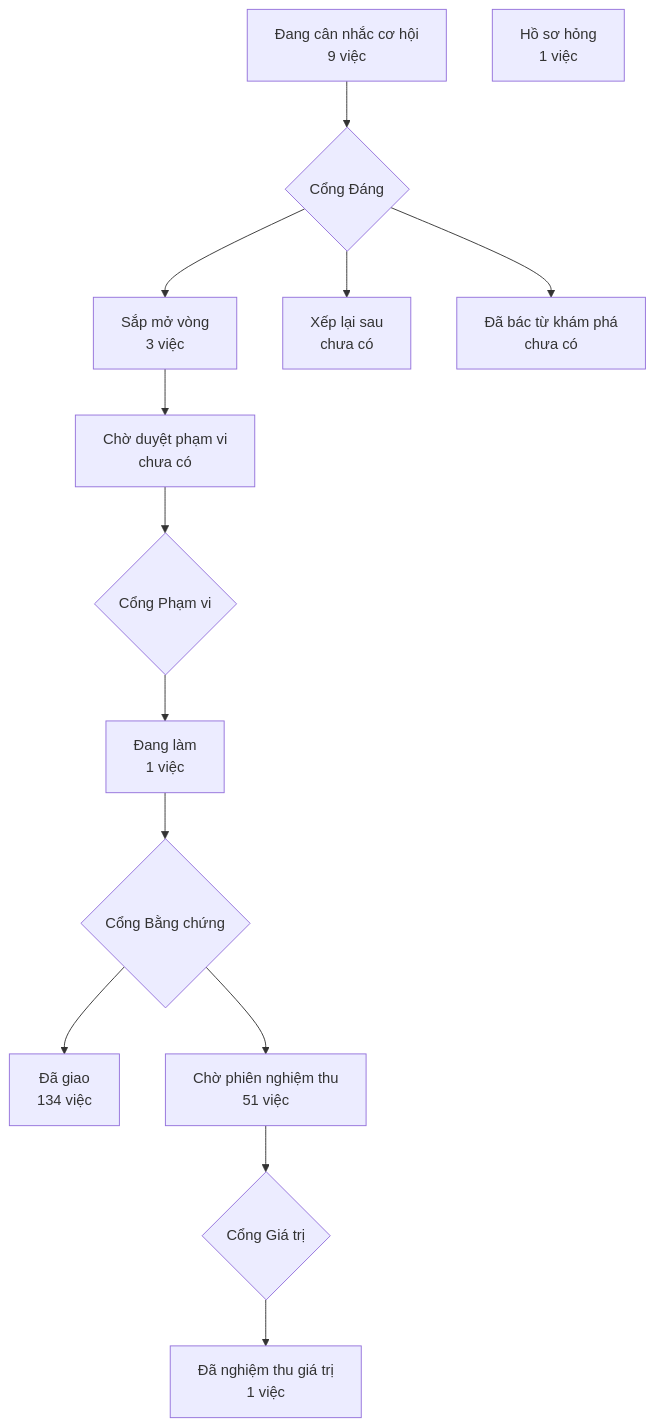
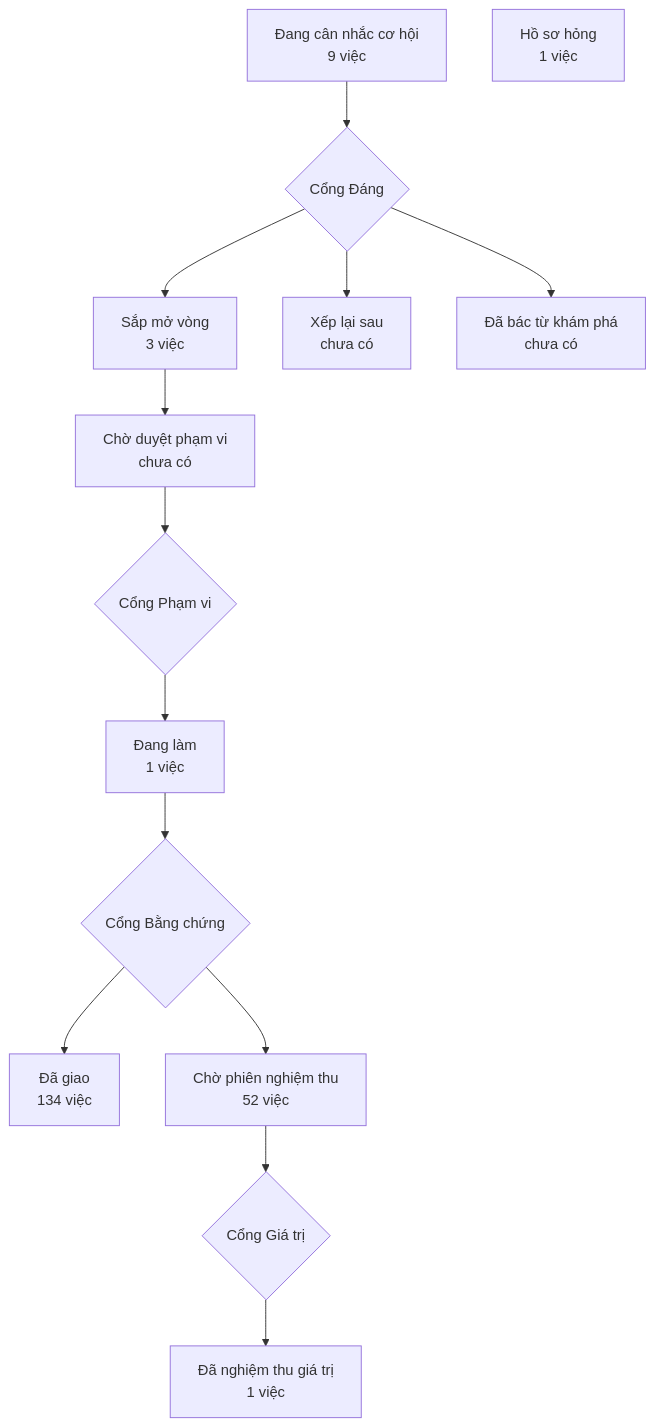
One commit to phanlemanh/crm-onehub changed the diagram in PRODUCT-MAP.md. Above: the diagram before and after it, drawn with Mermaid. The commit also changed other lines of this file and 1 other file, not shown here.

Commit message:
chore: vẽ lại bản đồ sản phẩm từ bản sạch sau chữ ký dong-thoi-gian-giu-khi-loi

````diff
--- a/PRODUCT-MAP.md
+++ b/PRODUCT-MAP.md
@@ -7,13 +7,13 @@
 ```mermaid
 flowchart TD
   A["Đang cân nhắc cơ hội<br/>9 việc"] --> GD{"Cổng Đáng"}
   GD --> B["Sắp mở vòng<br/>3 việc"]
   GD --> XL["Xếp lại sau<br/>chưa có"]
   GD --> DB["Đã bác từ khám phá<br/>chưa có"]
   B --> CD["Chờ duyệt phạm vi<br/>chưa có"] --> GP{"Cổng Phạm vi"}
   GP --> DL["Đang làm<br/>1 việc"] --> GB{"Cổng Bằng chứng"}
   GB --> DG["Đã giao<br/>134 việc"]
-  GB --> CN["Chờ phiên nghiệm thu<br/>51 việc"] --> GG{"Cổng Giá trị"}
+  GB --> CN["Chờ phiên nghiệm thu<br/>52 việc"] --> GG{"Cổng Giá trị"}
   GG --> NT["Đã nghiệm thu giá trị<br/>1 việc"]
   HS["Hồ sơ hỏng<br/>1 việc"]
 ```
````
